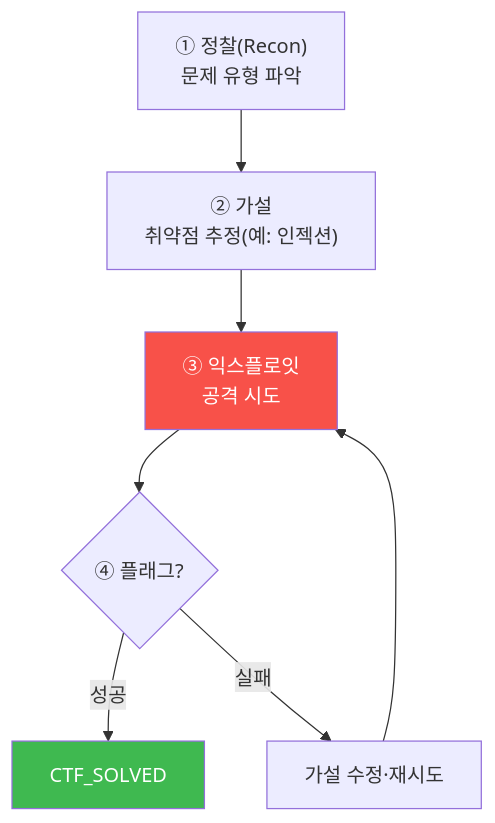
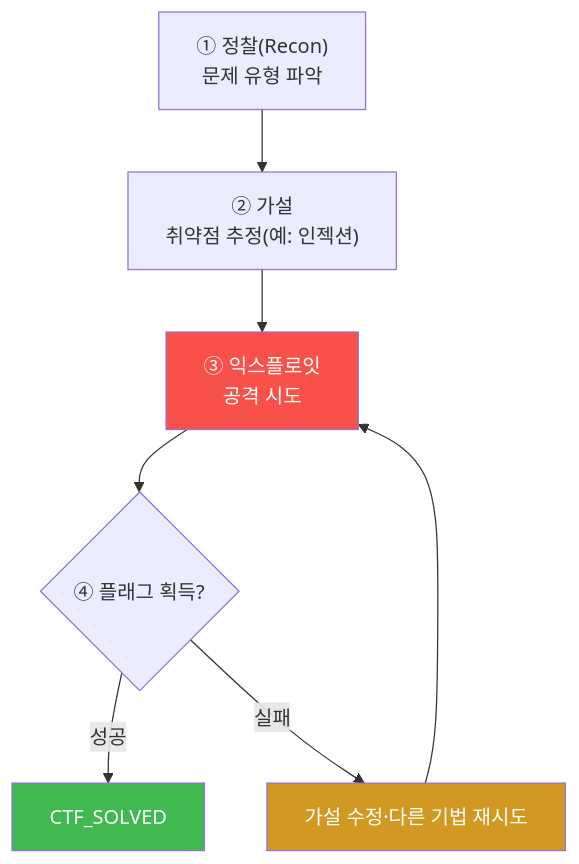
Before and after one commit to mrgrit/tw2: the first of 8 diagrams in contents/training/aisec/lecture_week14.md, drawn with Mermaid. The commit also changed other lines of this file and 304 other files, not shown here.

````diff
--- a/contents/training/aisec/lecture_week14.md
+++ b/contents/training/aisec/lecture_week14.md
@@ -52,11 +91,12 @@
 ```mermaid
 graph TD
     R["① 정찰(Recon)<br/>문제 유형 파악"] --> H["② 가설<br/>취약점 추정(예: 인젝션)"]
     H --> E["③ 익스플로잇<br/>공격 시도"]
-    E --> V{"④ 플래그?"}
-    V -->|성공| DONE["CTF_SOLVED"]
-    V -->|실패| H2["가설 수정·재시도"]
+    E --> V{"④ 플래그 획득?"}
+    V -->|"성공"| DONE["CTF_SOLVED"]
+    V -->|"실패"| H2["가설 수정·다른 기법 재시도"]
     H2 --> E
     style E fill:#f85149,color:#fff
     style DONE fill:#3fb950,color:#fff
+    style H2 fill:#d29922,color:#fff
 ```
````
